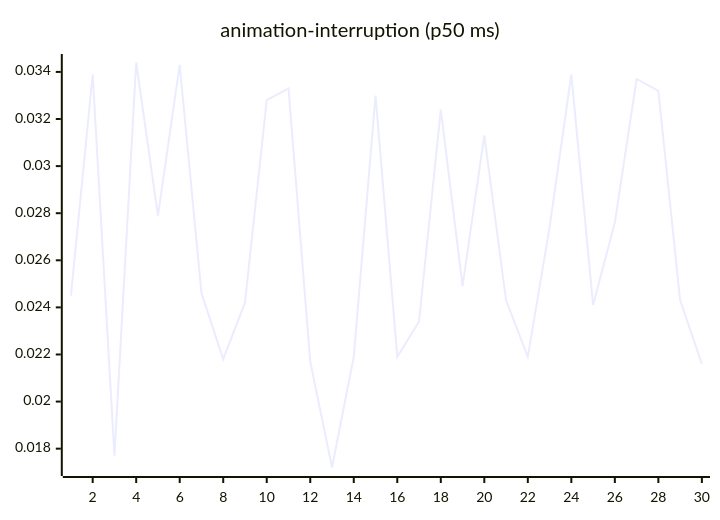
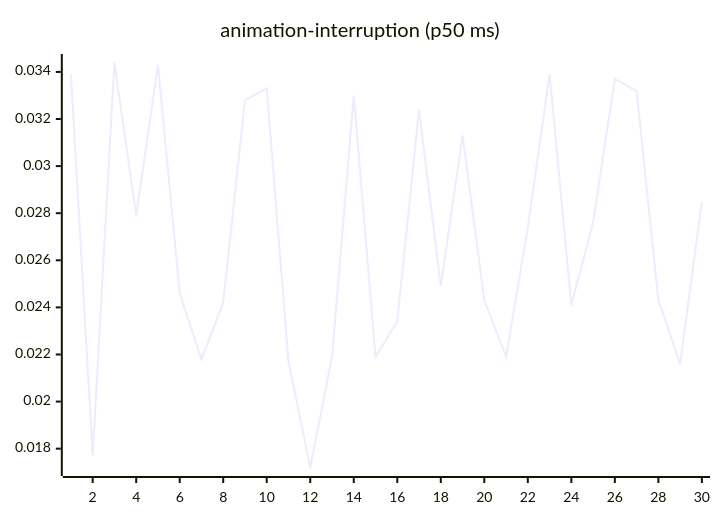
Before and after one commit to josha/Facet: the third of 27 diagrams in README.md, drawn with Mermaid. The commit also changed other lines of this file and 2 other files, not shown here.

````diff
--- a/README.md
+++ b/README.md
@@ -77,6 +77,6 @@
 ```mermaid
 xychart-beta
     title "animation-interruption (p50 ms)"
     x-axis 1 --> 30
-    line [0.0245, 0.0339, 0.0177, 0.0344, 0.0279, 0.0343, 0.0246, 0.0218, 0.0242, 0.0328, 0.0333, 0.0217, 0.0172, 0.0219, 0.0330, 0.0219, 0.0234, 0.0324, 0.0249, 0.0313, 0.0243, 0.0219, 0.0274, 0.0339, 0.0241, 0.0276, 0.0337, 0.0332, 0.0243, 0.0216]
+    line [0.0339, 0.0177, 0.0344, 0.0279, 0.0343, 0.0246, 0.0218, 0.0242, 0.0328, 0.0333, 0.0217, 0.0172, 0.0219, 0.0330, 0.0219, 0.0234, 0.0324, 0.0249, 0.0313, 0.0243, 0.0219, 0.0274, 0.0339, 0.0241, 0.0276, 0.0337, 0.0332, 0.0243, 0.0216, 0.0285]
 ```
````
